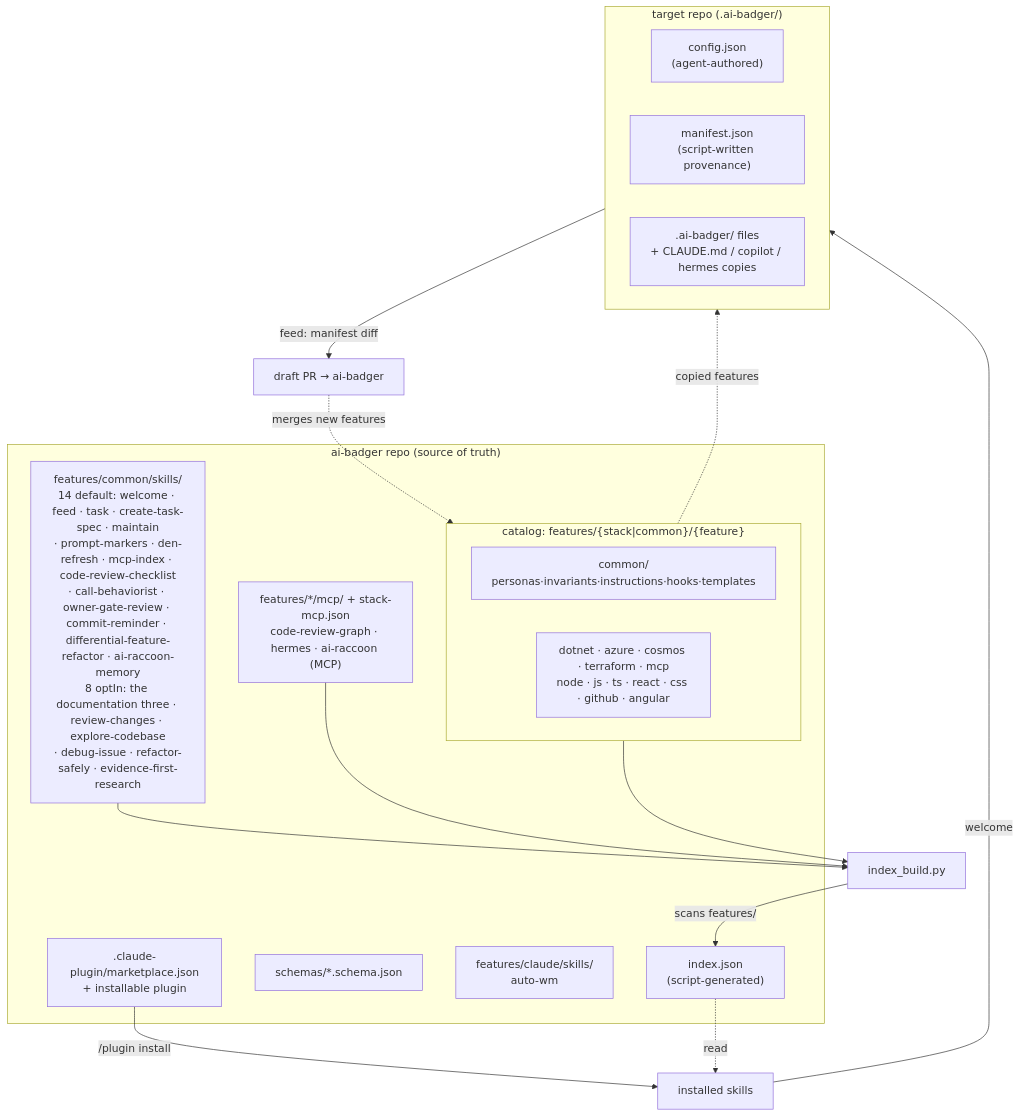
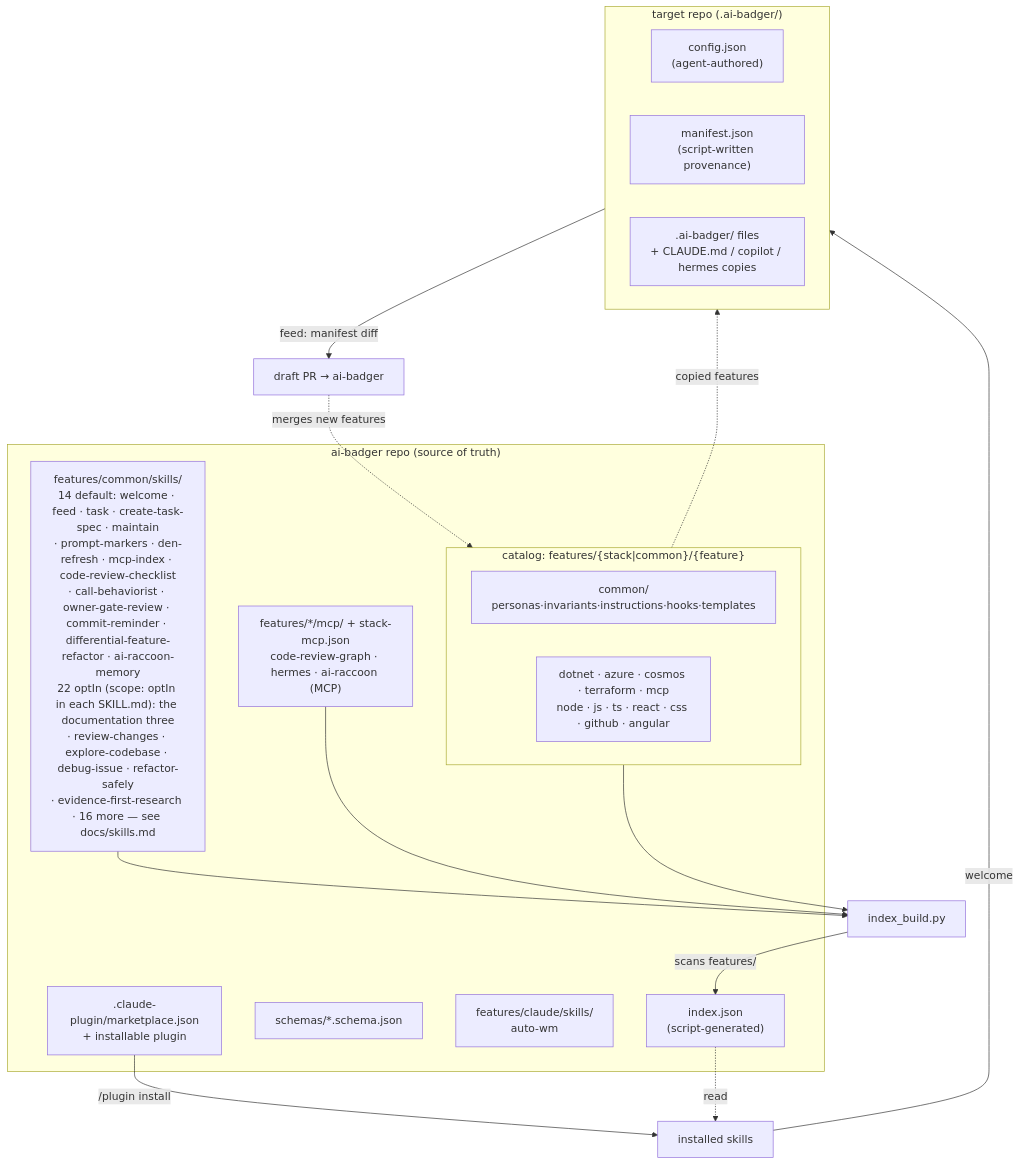
The diagram in README.md (Arasz/ai-badger), drawn with Mermaid before and after one commit. The commit also changed 129 other files, not shown here.

First line of the commit message:
One mechanism for skill routing: scope moves into SKILL.md (0.104.0) (#358)

````diff
--- a/README.md
+++ b/README.md
@@ -273,30 +273,30 @@
 ```mermaid
 flowchart TB
   subgraph FW["ai-badger repo (source of truth)"]
     IDX["index.json\n(script-generated)"]
     SCH["schemas/*.schema.json"]
     subgraph CAT["catalog: features/{stack|common}/{feature}"]
       COMMON["common/\npersonas·invariants·instructions·hooks·templates"]
       STACKS["dotnet · azure · cosmos · terraform · mcp\nnode · js · ts · react · css · github · angular"]
     end
-    SKILLSDIR["features/common/skills/\n14 default: welcome · feed · task · create-task-spec · maintain\n· prompt-markers · den-refresh · mcp-index · code-review-checklist\n· call-behaviorist · owner-gate-review · commit-reminder · differential-feature-refactor · ai-raccoon-memory\n8 optIn: the documentation three · review-changes · explore-codebase\n· debug-issue · refactor-safely · evidence-first-research"]
+    SKILLSDIR["features/common/skills/\n14 default: welcome · feed · task · create-task-spec · maintain\n· prompt-markers · den-refresh · mcp-index · code-review-checklist\n· call-behaviorist · owner-gate-review · commit-reminder · differential-feature-refactor · ai-raccoon-memory\n22 optIn (scope: optIn in each SKILL.md): the documentation three\n· review-changes · explore-codebase · debug-issue · refactor-safely\n· evidence-first-research · 16 more — see docs/skills.md"]
     CLAUDESKILLS["features/claude/skills/\nauto-wm"]
     MCPCAT["features/*/mcp/ + stack-mcp.json\ncode-review-graph · hermes · ai-raccoon (MCP)"]
     MKT[".claude-plugin/marketplace.json\n+ installable plugin"]
   end
   IDXbuild["index_build.py"] -->|scans features/| IDX
   CAT --> IDXbuild
   SKILLSDIR --> IDXbuild
   MCPCAT --> IDXbuild
   MKT -->|/plugin install| SKILLS["installed skills"]
   IDX -. read .-> SKILLS
   CAT -. copied features .-> PROJ
   subgraph PROJ["target repo (.ai-badger/)"]
     CFG["config.json\n(agent-authored)"]
     MAN["manifest.json\n(script-written provenance)"]
     OUT[".ai-badger/ files\n+ CLAUDE.md / copilot / hermes copies"]
   end
   SKILLS -->|welcome| PROJ
   PROJ -->|feed: manifest diff| PRD["draft PR → ai-badger"]
   PRD -. merges new features .-> CAT
 ```
````
